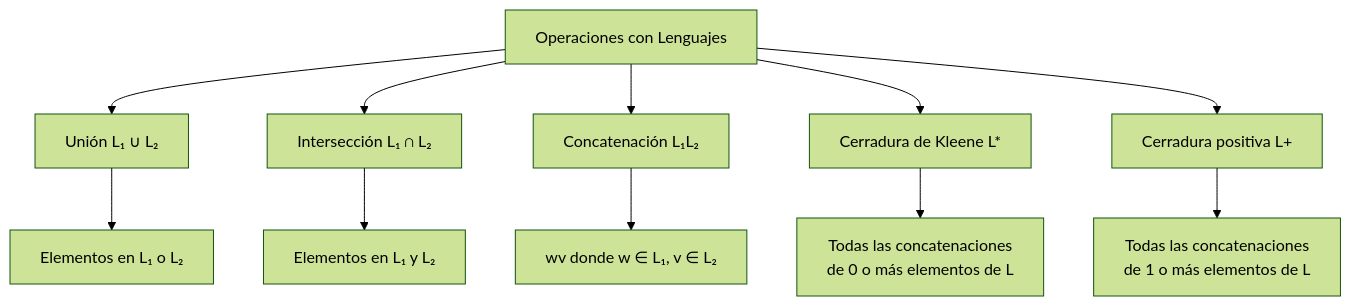
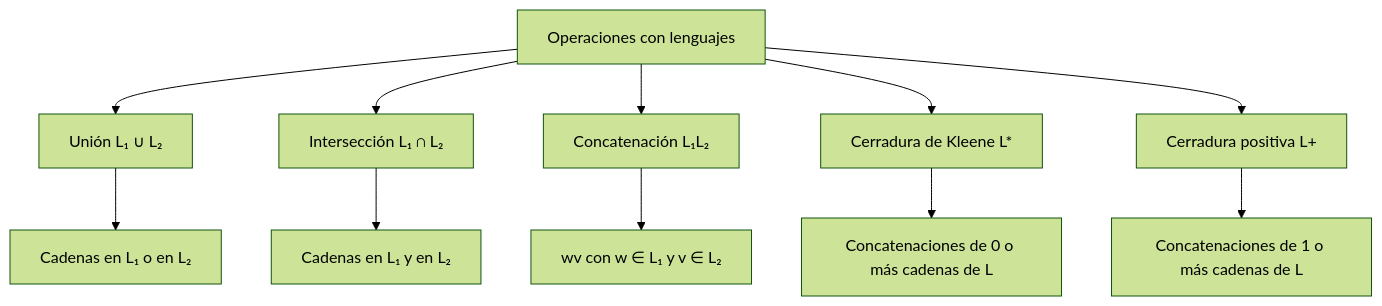
One commit to djaimej/computer-science-template changed the diagram in public/documents/semester-4/1/4112.md. Above: the diagram before and after it, drawn with Mermaid (forest theme). The commit also changed other lines of this file and 8 other files, not shown here.

````diff
--- a/public/documents/semester-4/1/4112.md
+++ b/public/documents/semester-4/1/4112.md
@@ -126,14 +135,14 @@
 ```mermaid
 flowchart TD
-    A[Operaciones con Lenguajes] --> B[Unión L₁ ∪ L₂]
+    A[Operaciones con lenguajes] --> B[Unión L₁ ∪ L₂]
     A --> C[Intersección L₁ ∩ L₂]
     A --> D[Concatenación L₁L₂]
     A --> E[Cerradura de Kleene L*]
     A --> F[Cerradura positiva L+]
 
-    B --> G[Elementos en L₁ o L₂]
-    C --> H[Elementos en L₁ y L₂]
-    D --> I[wv donde w ∈ L₁, v ∈ L₂]
-    E --> J[Todas las concatenaciones<br>de 0 o más elementos de L]
-    F --> K[Todas las concatenaciones<br>de 1 o más elementos de L]
+    B --> G[Cadenas en L₁ o en L₂]
+    C --> H[Cadenas en L₁ y en L₂]
+    D --> I[wv con w ∈ L₁ y v ∈ L₂]
+    E --> J[Concatenaciones de 0 o más cadenas de L]
+    F --> K[Concatenaciones de 1 o más cadenas de L]
 ```
````
